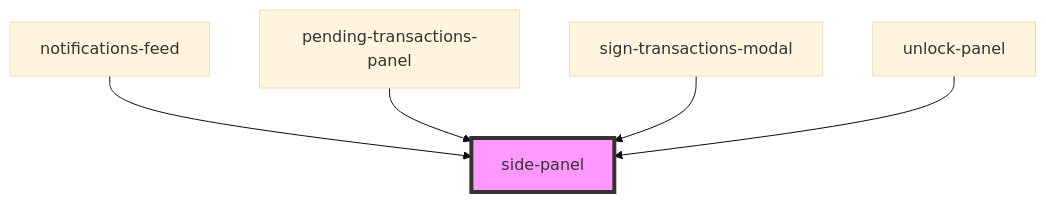
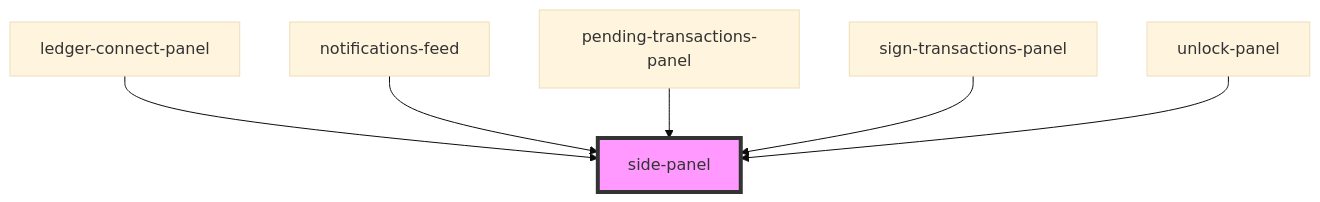
Before and after one commit to multiversx/mx-sdk-dapp-ui: the diagram in src/components/visual/side-panel/readme.md, drawn with Mermaid (base theme). The commit also changed other lines of this file and 31 other files, not shown here.

````diff
--- a/src/components/visual/side-panel/readme.md
+++ b/src/components/visual/side-panel/readme.md
@@ -34,8 +35,9 @@
 ```mermaid
 graph TD;
+  ledger-connect-panel --> side-panel
   notifications-feed --> side-panel
   pending-transactions-panel --> side-panel
-  sign-transactions-modal --> side-panel
+  sign-transactions-panel --> side-panel
   unlock-panel --> side-panel
   style side-panel fill:#f9f,stroke:#333,stroke-width:4px
 ```
````
